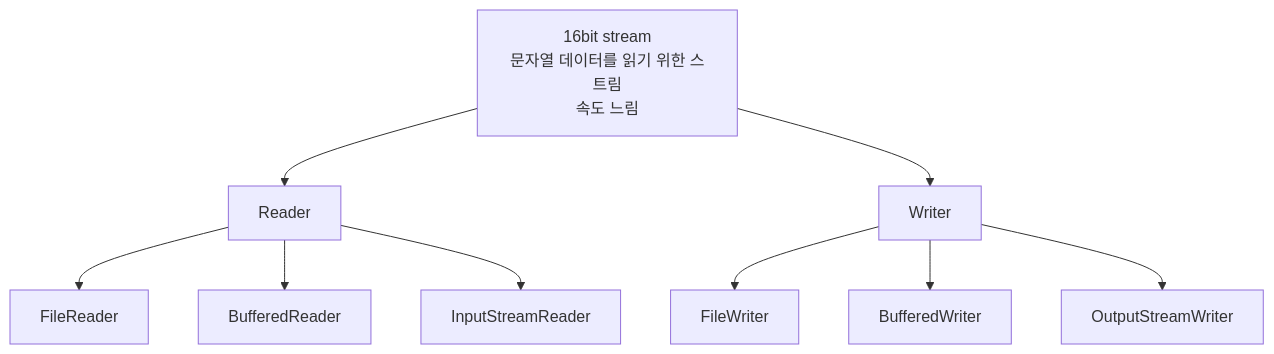
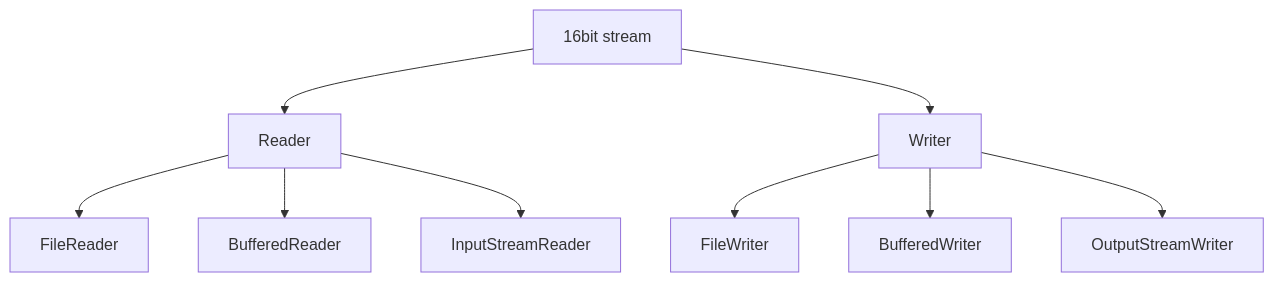
Before and after one commit to minbj1226/TIL: the second of 2 diagrams in day0908/IO Stream.md, drawn with Mermaid. The commit also changed other lines of this file, not shown here.

````diff
--- a/day0908/IO Stream.md
+++ b/day0908/IO Stream.md
@@ -29,13 +29,13 @@
 ```mermaid
 graph TD
-    J[16bit stream<br/>문자열 데이터를 읽기 위한 스트림<br/>속도 느림] --> K[Reader]
+    J[16bit stream<br/>] --> K[Reader]
     J --> L[Writer]
 
     K --> M[FileReader]
     K --> N[BufferedReader]
     K --> O[InputStreamReader]
 
     L --> P[FileWriter]
     L --> Q[BufferedWriter]
     L --> R[OutputStreamWriter]
 ```
````
